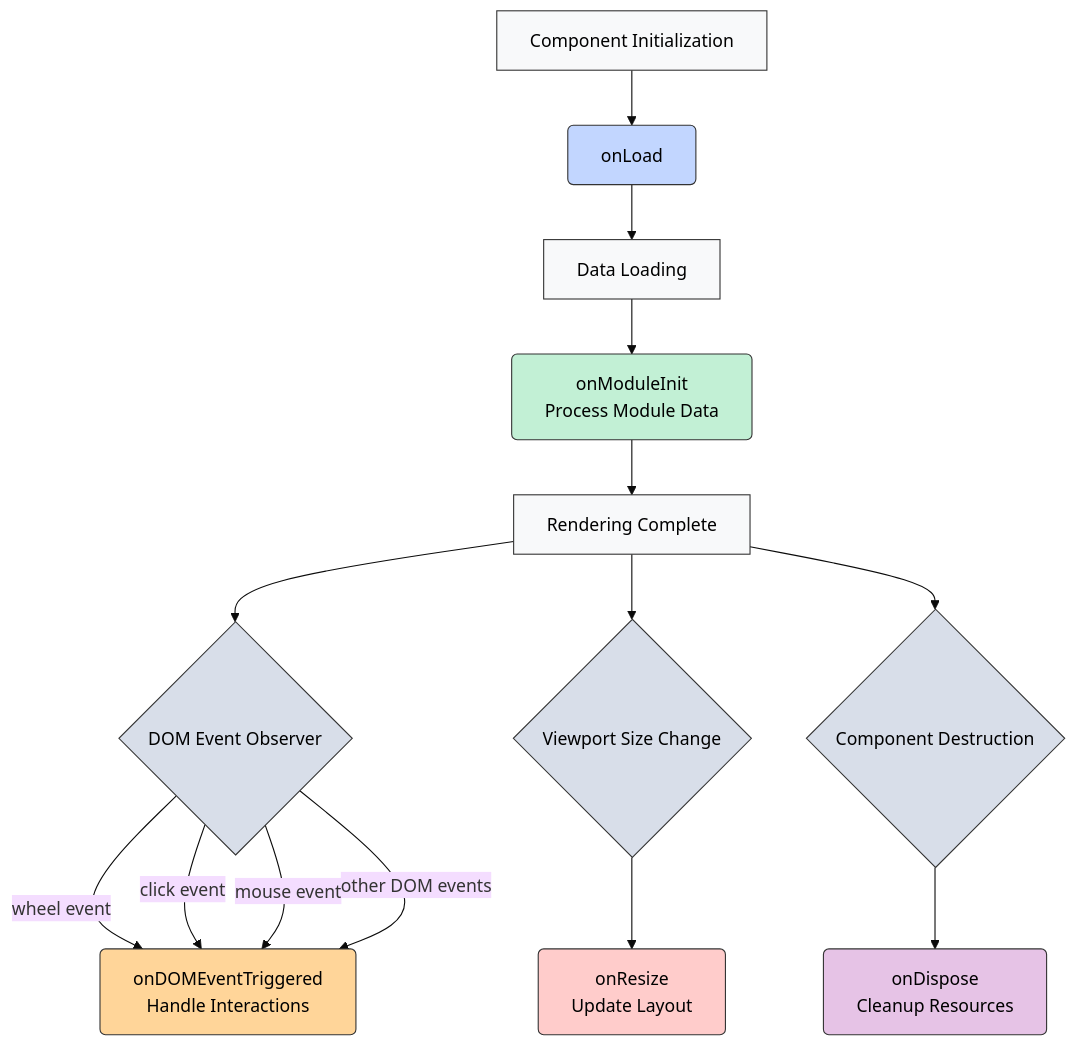
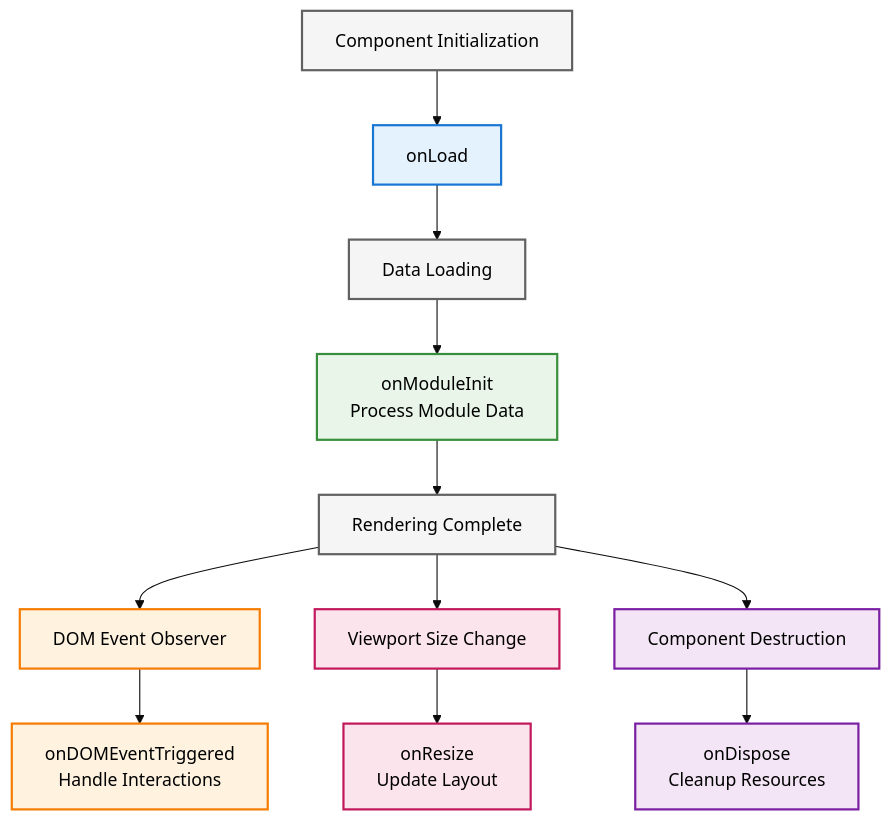
One commit to nonzzz/squarified changed the diagram in docs/plugins.md. Above: the diagram before and after it, drawn with Mermaid (base theme). The commit also changed 1 other file, not shown here.

````diff
--- a/docs/plugins.md
+++ b/docs/plugins.md
@@ -34,37 +34,30 @@
 ```mermaid
 graph TD
     A[Component Initialization] --> B[onLoad]
     B --> C[Data Loading]
-    C --> D[onModuleInit<br>Process Module Data]
+    C --> D[onModuleInit<br/>Process Module Data]
     D --> E[Rendering Complete]
     
-    E --> F{DOM Event Observer}
-    F -->|wheel event| G[onDOMEventTriggered<br>Handle Interactions]
-    F -->|click event| G
-    F -->|mouse event| G
-    F -->|other DOM events| G
+    E --> F[DOM Event Observer]
+    F --> G[onDOMEventTriggered<br/>Handle Interactions]
     
-    E --> H{Viewport Size Change}
-    H --> I[onResize<br>Update Layout]
+    E --> H[Viewport Size Change]
+    H --> I[onResize<br/>Update Layout]
     
-    E --> J{Component Destruction}
-    J --> K[onDispose<br>Cleanup Resources]
+    E --> J[Component Destruction]
+    J --> K[onDispose<br/>Cleanup Resources]
     
-    %% Define custom styles with better contrast
-    classDef initHook fill:#c2d6ff,stroke:#333,rx:5,ry:5,color:black
-    classDef dataHook fill:#c2f0d5,stroke:#333,rx:5,ry:5,color:black
-    classDef eventHook fill:#ffd599,stroke:#333,rx:5,ry:5,color:black
-    classDef layoutHook fill:#ffcccb,stroke:#333,rx:5,ry:5,color:black
-    classDef cleanupHook fill:#e6c3e6,stroke:#333,rx:5,ry:5,color:black
-    classDef normalNode fill:#f8f9fa,stroke:#333,color:black
-    classDef decisionNode fill:#d8dee9,stroke:#333,rx:8,ry:8,color:black
+    classDef init fill:#e3f2fd,stroke:#1976d2,stroke-width:2px,color:#000
+    classDef data fill:#e8f5e8,stroke:#388e3c,stroke-width:2px,color:#000
+    classDef event fill:#fff3e0,stroke:#f57c00,stroke-width:2px,color:#000
+    classDef layout fill:#fce4ec,stroke:#c2185b,stroke-width:2px,color:#000
+    classDef cleanup fill:#f3e5f5,stroke:#7b1fa2,stroke-width:2px,color:#000
+    classDef normal fill:#f5f5f5,stroke:#616161,stroke-width:2px,color:#000
     
-    %% Apply styles to specific nodes
-    class B initHook
-    class D dataHook
-    class G eventHook
-    class I layoutHook
-    class K cleanupHook
-    class A,C,E normalNode
-    class F,H,J decisionNode
+    class A,C,E normal
+    class B init
+    class D data
+    class F,G event
+    class H,I layout
+    class J,K cleanup
 ```
````
